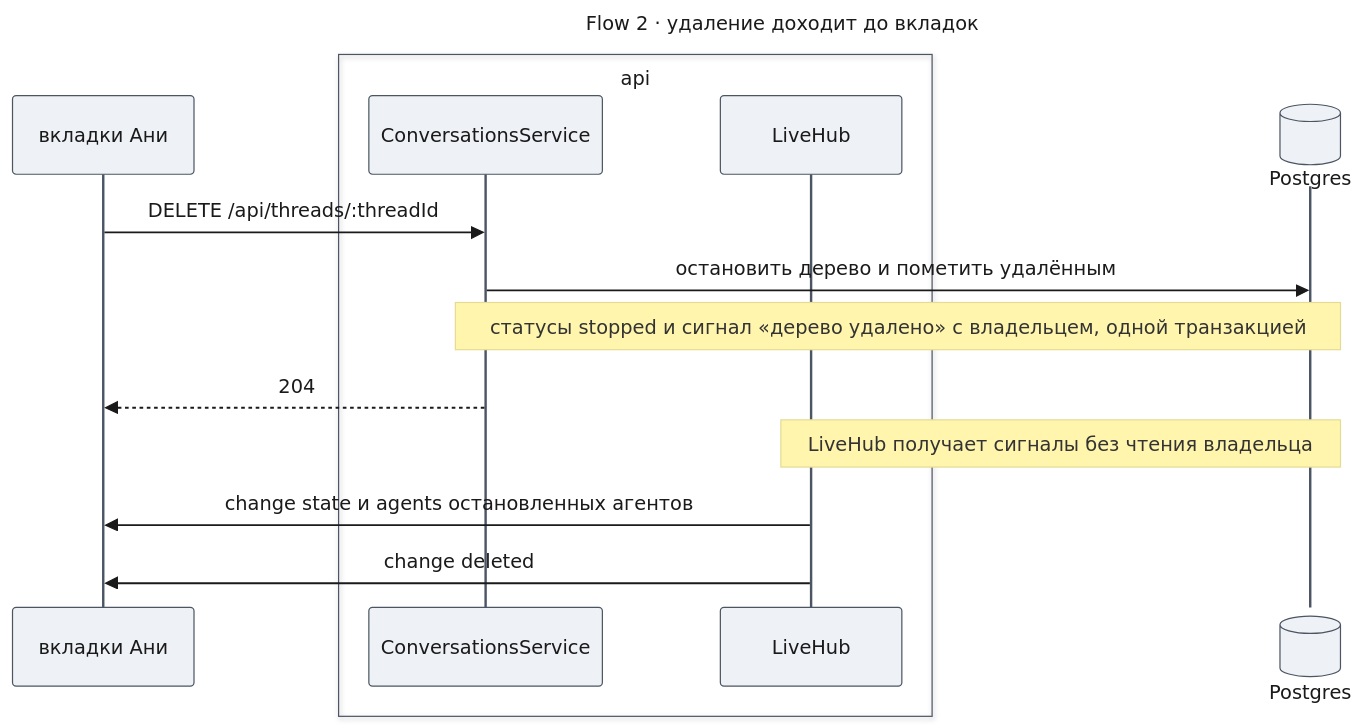
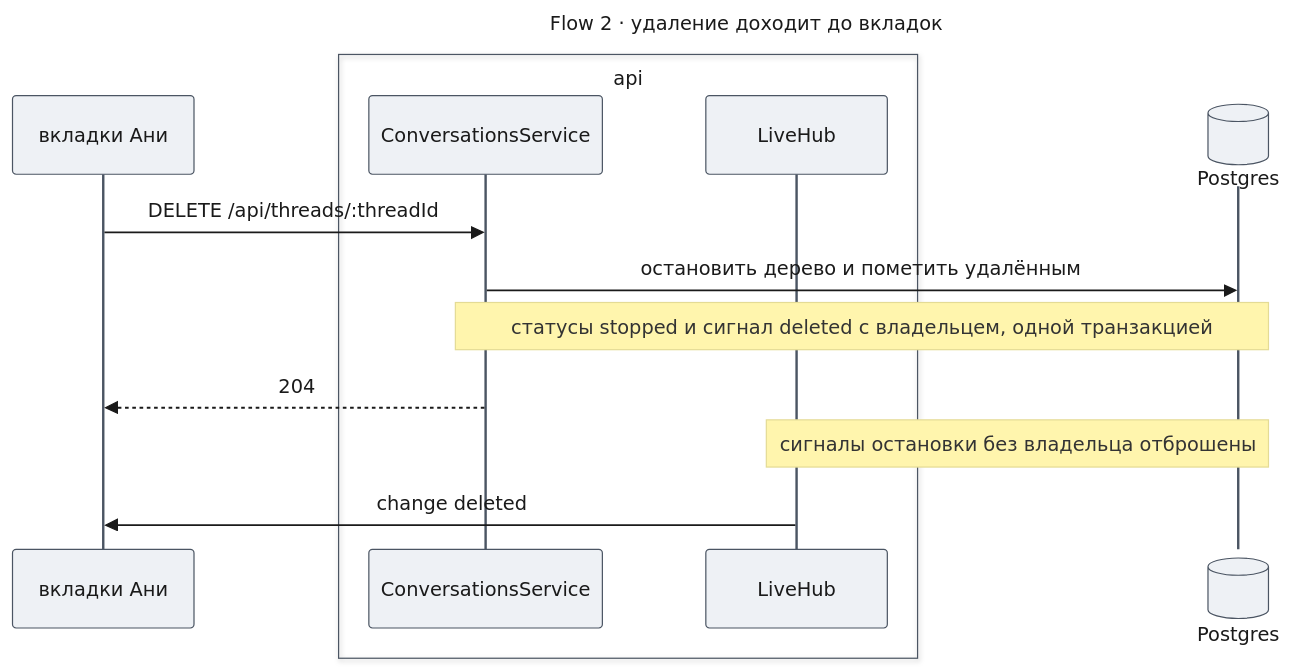
Before and after one commit to tundraray/agent-os: the fourth of 6 diagrams in docs/features/live-feed/design-server.md, drawn with Mermaid. The commit also changed other lines of this file, not shown here.

Commit message:
docs: simplify the live feed server design

````diff
--- a/docs/features/live-feed/design-server.md
+++ b/docs/features/live-feed/design-server.md
@@ -329,35 +328,33 @@
 ```mermaid
 ---
 title: "Flow 2 · удаление доходит до вкладок"
 config:
   theme: base
   look: classic
   themeVariables:
     primaryColor: "#eef1f5"
     primaryBorderColor: "#4b5563"
     primaryTextColor: "#1a1a1a"
     lineColor: "#6b7280"
   themeCSS: |
-    @keyframes lit_f2{0%,18%{stroke:#991b1b;stroke-width:6px}20%,100%{stroke:#37474f;stroke-width:2px}}
-    @keyframes litr_f2{0%,18%{stroke:#1d4ed8;stroke-width:6px}20%,100%{stroke:#37474f;stroke-width:2px}}
-    .messageLine0[data-id='i0'],.messageLine1[data-id='i0']{animation:lit_f2 6s linear 0s infinite}
-    .messageLine0[data-id='i1'],.messageLine1[data-id='i1']{animation:lit_f2 6s linear 1.2s infinite}
-    .messageLine0[data-id='i3'],.messageLine1[data-id='i3']{animation:lit_f2 6s linear 2.4s infinite}
-    .messageLine0[data-id='i5'],.messageLine1[data-id='i5']{animation:litr_f2 6s linear 3.6s infinite}
-    .messageLine0[data-id='i6'],.messageLine1[data-id='i6']{animation:litr_f2 6s linear 4.8s infinite}
+    @keyframes lit_f2{0%,22.5%{stroke:#991b1b;stroke-width:6px}25%,100%{stroke:#37474f;stroke-width:2px}}
+    @keyframes litr_f2{0%,22.5%{stroke:#1d4ed8;stroke-width:6px}25%,100%{stroke:#37474f;stroke-width:2px}}
+    .messageLine0[data-id='i0'],.messageLine1[data-id='i0']{animation:lit_f2 4.8s linear 0s infinite}
+    .messageLine0[data-id='i1'],.messageLine1[data-id='i1']{animation:lit_f2 4.8s linear 1.2s infinite}
+    .messageLine0[data-id='i3'],.messageLine1[data-id='i3']{animation:lit_f2 4.8s linear 2.4s infinite}
+    .messageLine0[data-id='i5'],.messageLine1[data-id='i5']{animation:litr_f2 4.8s linear 3.6s infinite}
 ---
 sequenceDiagram
     participant Web as вкладки Ани
     box api
         participant Conv as ConversationsService
         participant Hub as LiveHub
     end
     participant DB@{ "type": "database" } as Postgres
     Web->>Conv: DELETE /api/threads/:threadId
     Conv->>DB: остановить дерево и пометить удалённым
-    Note over Conv,DB: статусы stopped и сигнал «дерево удалено» с владельцем, одной транзакцией
+    Note over Conv,DB: статусы stopped и сигнал deleted с владельцем, одной транзакцией
     Conv-->>Web: 204
-    Note over DB,Hub: LiveHub получает сигналы без чтения владельца
-    Hub->>Web: change state и agents остановленных агентов
+    Note over DB,Hub: сигналы остановки без владельца отброшены
     Hub->>Web: change deleted
 ```
````
